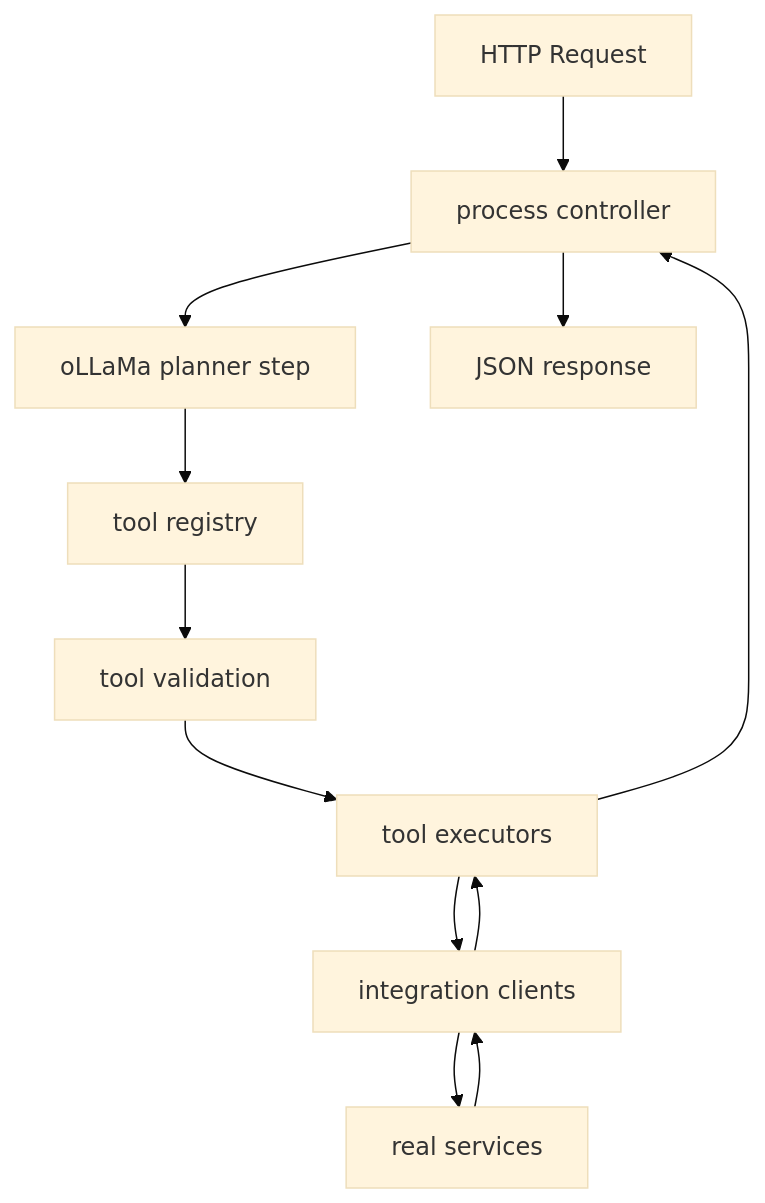
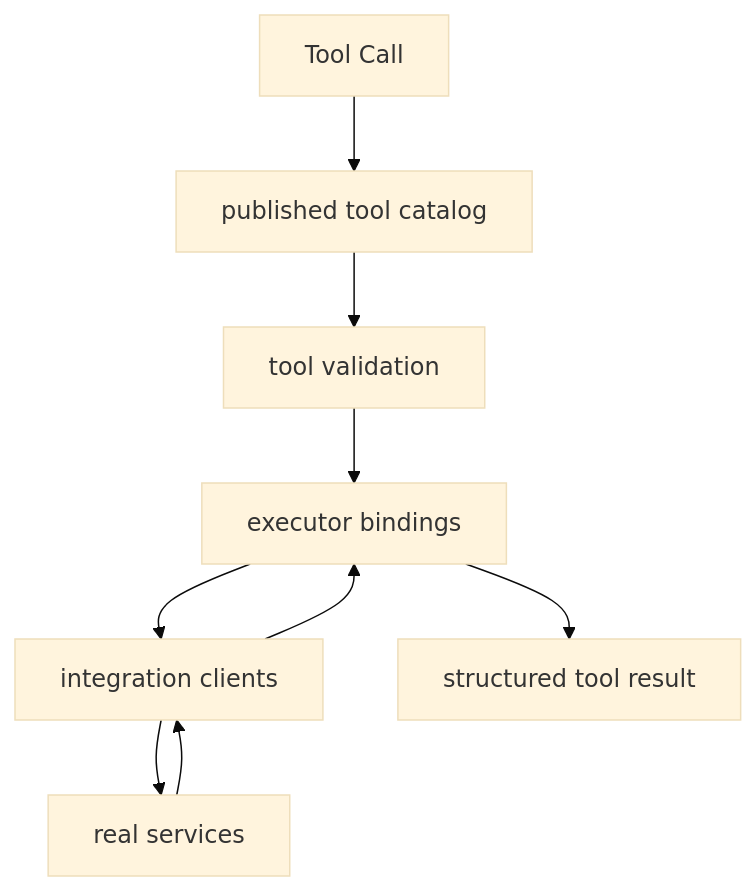
Before and after one commit to psyeo2/Clankassist: the fourth of 4 diagrams in docs/ARCHITECTURE.md, drawn with Mermaid (base theme). The commit also changed other lines of this file, not shown here.

Commit message:
architecture update

````diff
--- a/docs/ARCHITECTURE.md
+++ b/docs/ARCHITECTURE.md
@@ -140,15 +203,12 @@
 ```mermaid
 flowchart TD
 
-request[HTTP Request] --> controller[process controller]
-controller --> planner[oLLaMa planner step]
-planner --> registry[tool registry]
-registry --> validation[tool validation]
-validation --> executors[tool executors]
+call[Tool Call] --> catalog[published tool catalog]
+catalog --> validation[tool validation]
+validation --> executors[executor bindings]
 executors --> integrations[integration clients]
 integrations --> services[real services]
 services --> integrations
 integrations --> executors
-executors --> controller
-controller --> response[JSON response]
+executors --> output[structured tool result]
 ```
````
